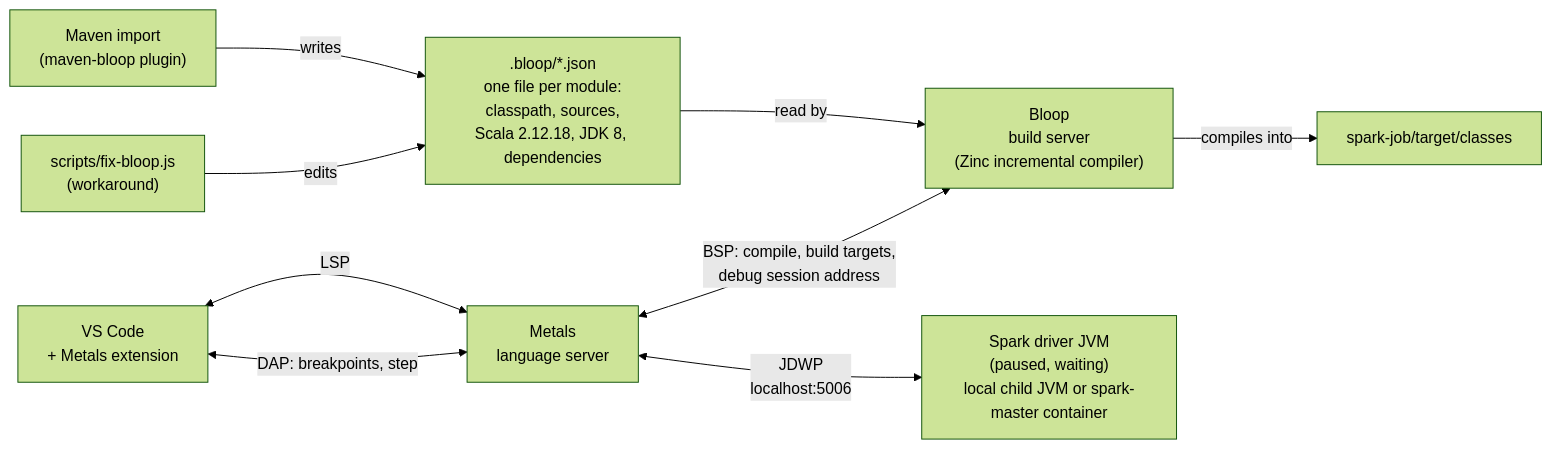
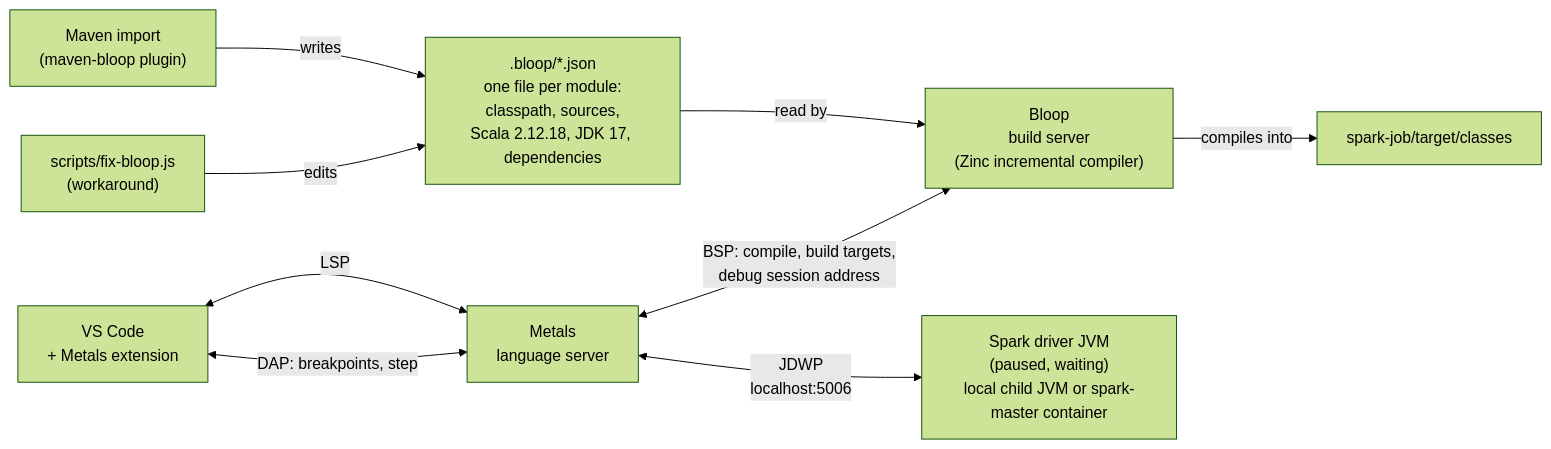
Before and after one commit to ankursingh119/javapoc1.8: the ninth of 10 diagrams in latest-ARCHITECTURE.md, drawn with Mermaid (forest theme). The commit also changed other lines of this file and 9 other files, not shown here.

````diff
--- a/latest-ARCHITECTURE.md
+++ b/latest-ARCHITECTURE.md
@@ -459,11 +459,11 @@
 ```mermaid
 flowchart LR
-    MVN["Maven import<br/>(maven-bloop plugin)"] -->|"writes"| BF[".bloop/*.json<br/>one file per module:<br/>classpath, sources,<br/>Scala 2.12.18, JDK 8, dependencies"]
+    MVN["Maven import<br/>(maven-bloop plugin)"] -->|"writes"| BF[".bloop/*.json<br/>one file per module:<br/>classpath, sources,<br/>Scala 2.12.18, JDK 17, dependencies"]
     FIX["scripts/fix-bloop.js<br/>(workaround)"] -->|"edits"| BF
     BF -->|"read by"| BL["Bloop<br/>build server<br/>(Zinc incremental compiler)"]
     VS["VS Code<br/>+ Metals extension"] <-->|"LSP"| MT["Metals<br/>language server"]
     MT <-->|"BSP: compile, build targets,<br/>debug session address"| BL
     BL -->|"compiles into"| OUT["spark-job/target/classes"]
     VS <-->|"DAP: breakpoints, step"| MT
     MT <-->|"JDWP<br/>localhost:5006"| JVM["Spark driver JVM<br/>(paused, waiting)<br/>local child JVM or spark-master container"]
 ```
````
